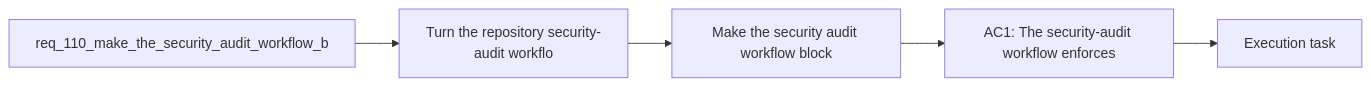
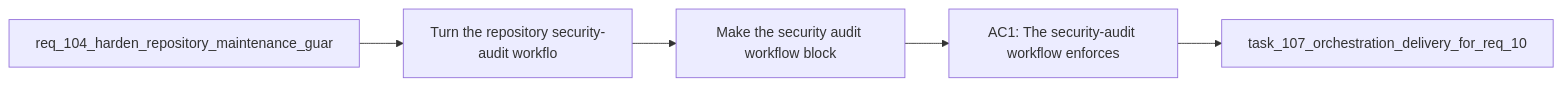
Before and after one commit to AlexAgo83/logics-manager: the diagram in logics/backlog/item_197_make_the_security_audit_workflow_block_on_actionable_vulnerabilities.md, drawn with Mermaid. The commit also changed other lines of this file and 481 other files, not shown here.

````diff
--- a/logics/backlog/item_197_make_the_security_audit_workflow_block_on_actionable_vulnerabilities.md
+++ b/logics/backlog/item_197_make_the_security_audit_workflow_block_on_actionable_vulnerabilities.md
@@ -23,9 +23,9 @@
 ```mermaid
 %% logics-kind: backlog
 %% logics-signature: backlog|make-the-security-audit-workflow-block-o|req-104-harden-repository-maintenance-gu|turn-the-repository-security-audit-workf|ac1-the-security-audit-workflow-enforces
 flowchart LR
-    Request[req_110_make_the_security_audit_workflow_b] --> Problem[Turn the repository security-audit workflo]
+    Request[req_104_harden_repository_maintenance_guar] --> Problem[Turn the repository security-audit workflo]
     Problem --> Scope[Make the security audit workflow block]
     Scope --> Acceptance[AC1: The security-audit workflow enforces]
-    Acceptance --> Tasks[Execution task]
+    Acceptance --> Tasks[task_107_orchestration_delivery_for_req_10]
 ```
````
